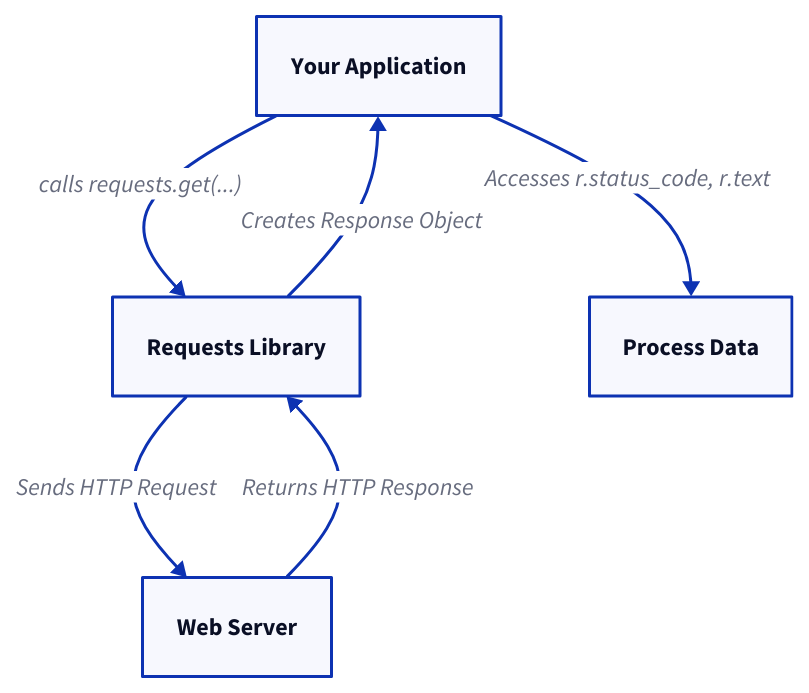
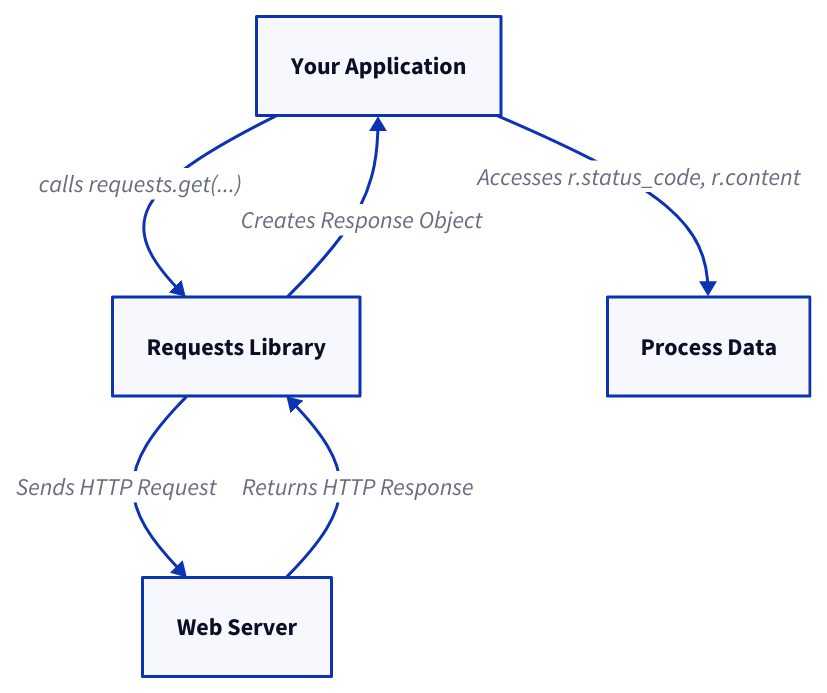
The diagram in .aigne/doc-smith/docs/overview.md (lban2049/requests), drawn with D2 before and after one commit. The commit also changed other lines of this file and 31 other files, not shown here.

````diff
--- a/.aigne/doc-smith/docs/overview.md
+++ b/.aigne/doc-smith/docs/overview.md
@@ -29,14 +29,14 @@
 ```d2
 direction: down
 
 App: "Your Application"
 Lib: "Requests Library"
 Server: "Web Server"
 Process: "Process Data"
 
 App -> Lib: "calls requests.get(...)"
 Lib -> Server: "Sends HTTP Request"
 Server -> Lib: "Returns HTTP Response"
 Lib -> App: "Creates Response Object"
-App -> Process: "Accesses r.status_code, r.text"
+App -> Process: "Accesses r.status_code, r.content"
 ```
````
